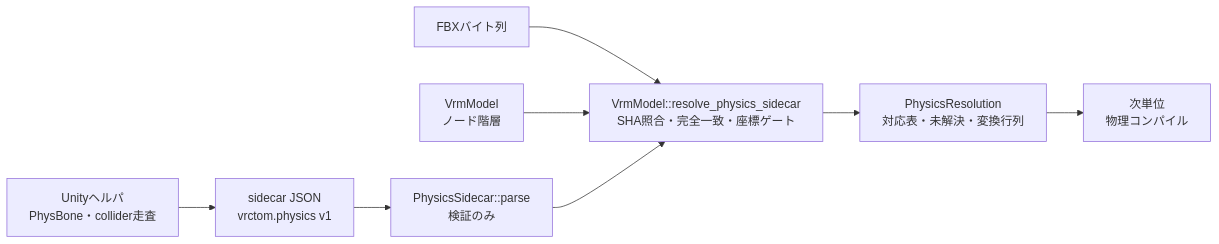
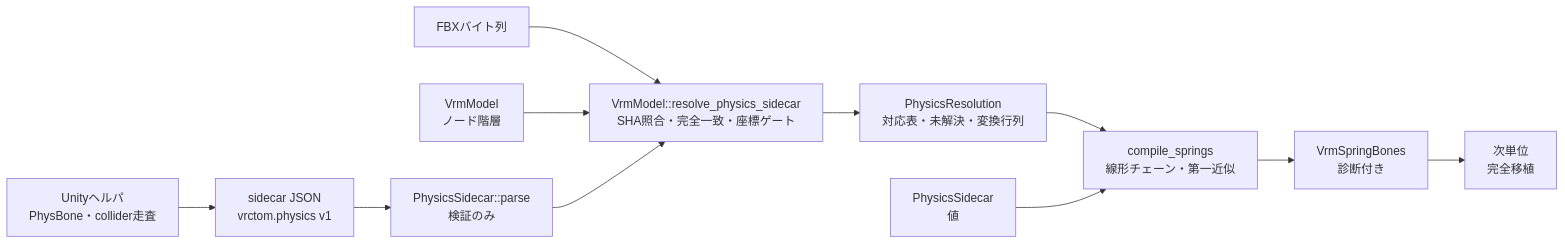
One commit to halby24/vrctom changed the first of 2 diagrams in design/VRMスプリング.md. Above: the diagram before and after it, drawn with Mermaid. The commit also changed other lines of this file and 7 other files, not shown here.

````diff
--- a/design/VRMスプリング.md
+++ b/design/VRMスプリング.md
@@ -17,10 +18,13 @@
 ```mermaid
 flowchart LR
     helper[Unityヘルパ<br/>PhysBone・collider走査] --> json[sidecar JSON<br/>vrctom.physics v1]
     json --> parse[PhysicsSidecar::parse<br/>検証のみ]
     fbx[FBXバイト列] --> resolve[VrmModel::resolve_physics_sidecar<br/>SHA照合・完全一致・座標ゲート]
     model[VrmModel<br/>ノード階層] --> resolve
     parse --> resolve
     resolve --> out[PhysicsResolution<br/>対応表・未解決・変換行列]
-    out --> next[次単位<br/>物理コンパイル]
+    out --> comp[compile_springs<br/>線形チェーン・第一近似]
+    sidecar2[PhysicsSidecar<br/>値] --> comp
+    comp --> bones[VrmSpringBones<br/>診断付き]
+    bones --> next[次単位<br/>完全移植]
 ```
````
